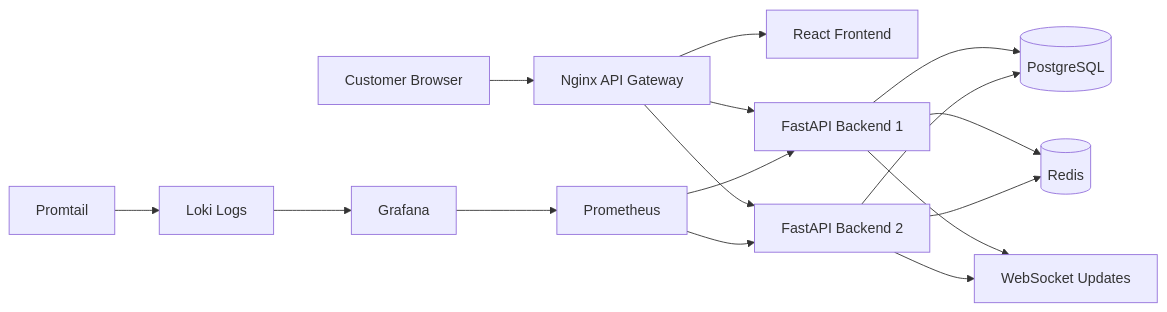
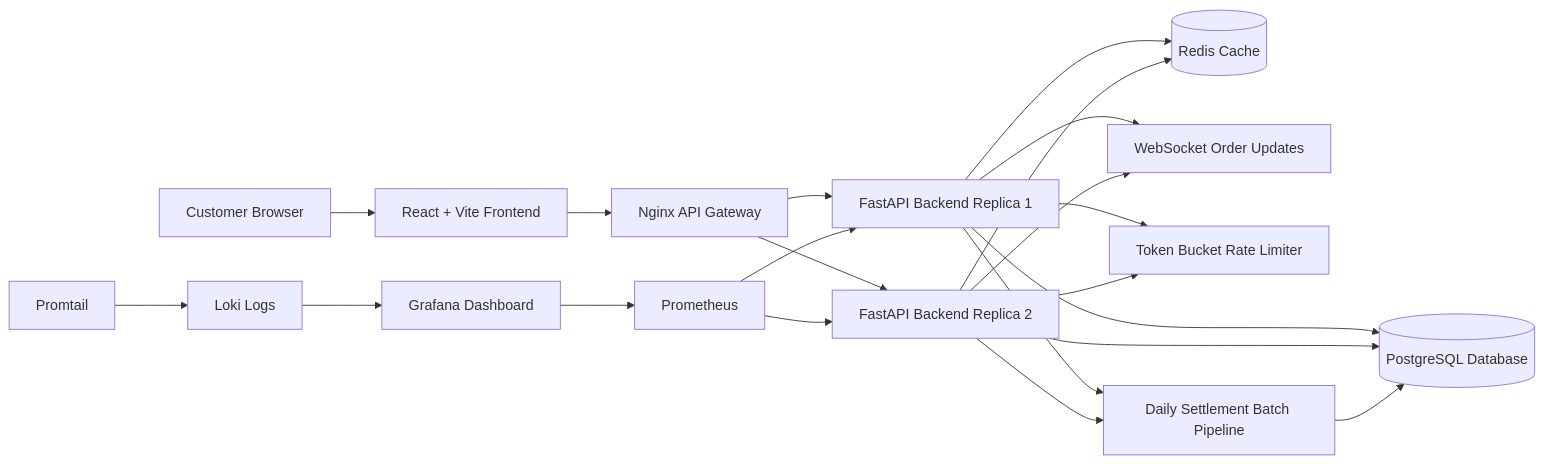
The second of 4 diagrams in docs/final_report.md (Numusohandsome/food-delivery-marketplace), drawn with Mermaid before and after one commit. The commit also changed other lines of this file and 2 other files, not shown here.

````diff
--- a/docs/final_report.md
+++ b/docs/final_report.md
@@ -142,18 +492,34 @@
 ```mermaid
 flowchart LR
-    User[Customer Browser] --> Gateway[Nginx API Gateway]
-    Gateway --> Frontend[React Frontend]
-    Gateway --> Backend1[FastAPI Backend 1]
-    Gateway --> Backend2[FastAPI Backend 2]
-    Backend1 --> PostgreSQL[(PostgreSQL)]
+    User[Customer Browser] --> Frontend[React + Vite Frontend]
+
+    Frontend --> Gateway[Nginx API Gateway]
+
+    Gateway --> Backend1[FastAPI Backend Replica 1]
+    Gateway --> Backend2[FastAPI Backend Replica 2]
+
+    Backend1 --> PostgreSQL[(PostgreSQL Database)]
     Backend2 --> PostgreSQL
-    Backend1 --> Redis[(Redis)]
+
+    Backend1 --> Redis[(Redis Cache)]
     Backend2 --> Redis
-    Backend1 --> WebSocket[WebSocket Updates]
+
+    Backend1 --> WebSocket[WebSocket Order Updates]
     Backend2 --> WebSocket
+
+    Backend1 --> RateLimiter[Token Bucket Rate Limiter]
+    Backend2 --> RateLimiter
+
+    Backend1 --> BatchPipeline[Daily Settlement Batch Pipeline]
+    Backend2 --> BatchPipeline
+
+    BatchPipeline --> PostgreSQL
+
     Prometheus[Prometheus] --> Backend1
     Prometheus --> Backend2
-    Grafana[Grafana] --> Prometheus
+
+    Grafana[Grafana Dashboard] --> Prometheus
+
     Promtail[Promtail] --> Loki[Loki Logs]
     Loki --> Grafana
 ```
````
